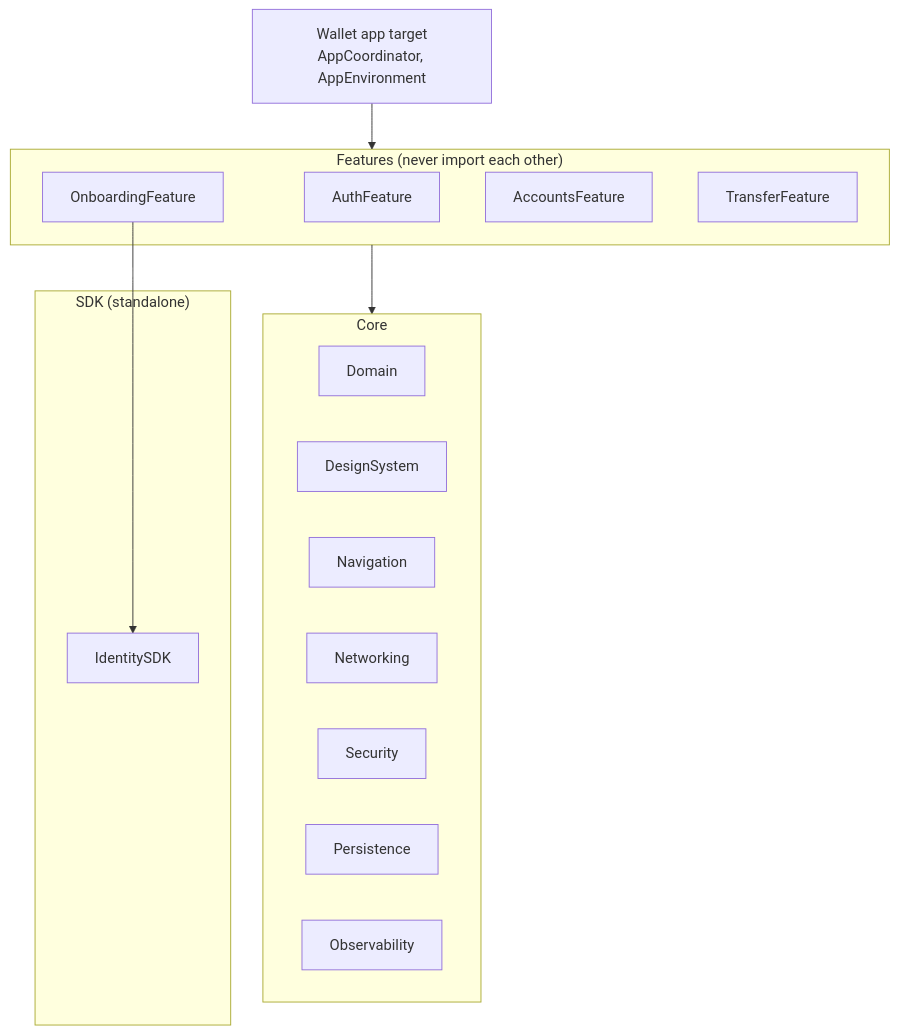
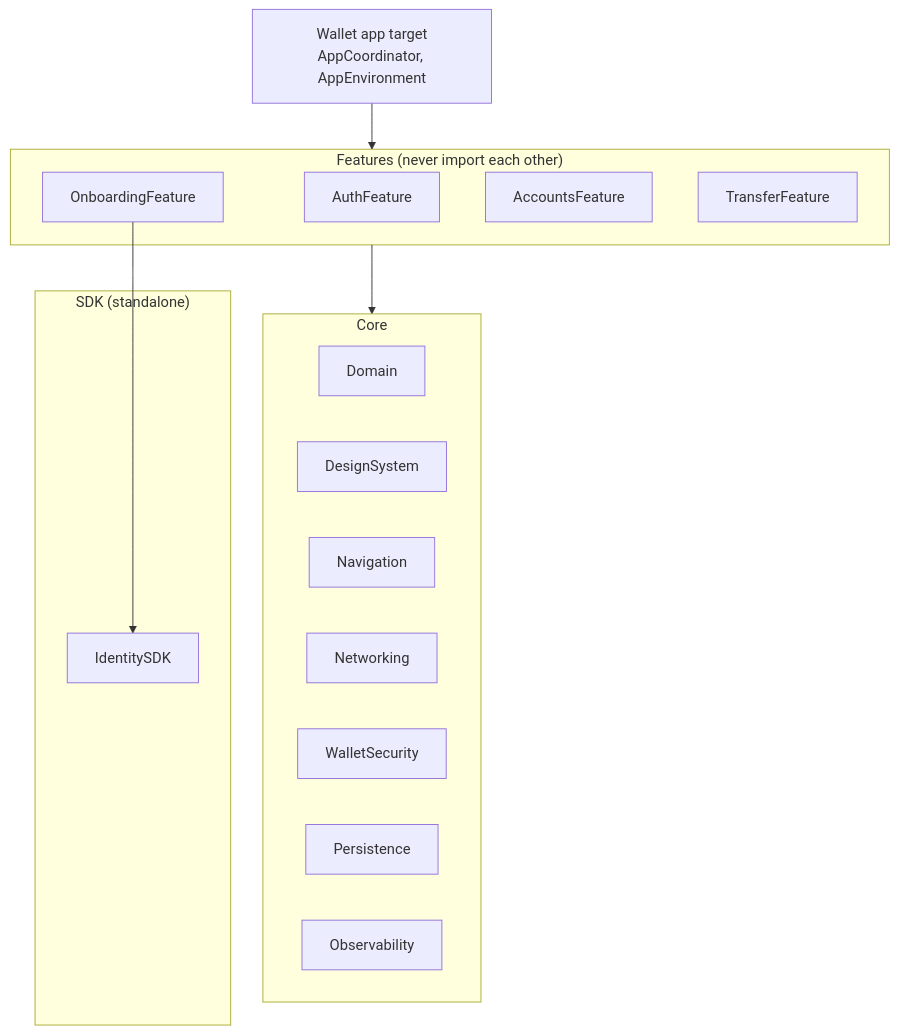
One commit to jowong123/BankingAppSwiftUI changed the first of 2 diagrams in docs/SPEC.md. Above: the diagram before and after it, drawn with Mermaid. The commit also changed other lines of this file and 4 other files, not shown here.

First line of the commit message:
docs: rename Security module to WalletSecurity and add ADR-004, 013, 014

````diff
--- a/docs/SPEC.md
+++ b/docs/SPEC.md
@@ -41,25 +41,25 @@
 ```mermaid
 flowchart TD
     App["Wallet app target<br/>AppCoordinator, AppEnvironment"]
     subgraph Features["Features (never import each other)"]
         Auth[AuthFeature]
         Onb[OnboardingFeature]
         Acc[AccountsFeature]
         Tr[TransferFeature]
     end
     subgraph Core["Core"]
         Domain
         DesignSystem
         Navigation
         Networking
-        Security
+        WalletSecurity
         Persistence
         Observability
     end
     subgraph SDK["SDK (standalone)"]
         IdentitySDK
     end
     App --> Features
     Features --> Core
     Onb --> IdentitySDK
 ```
````
